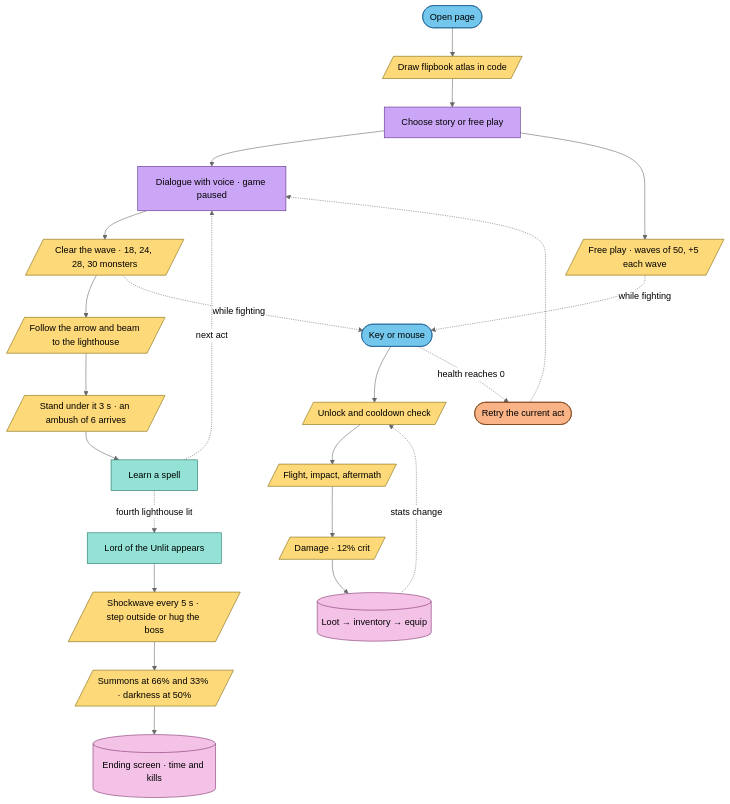
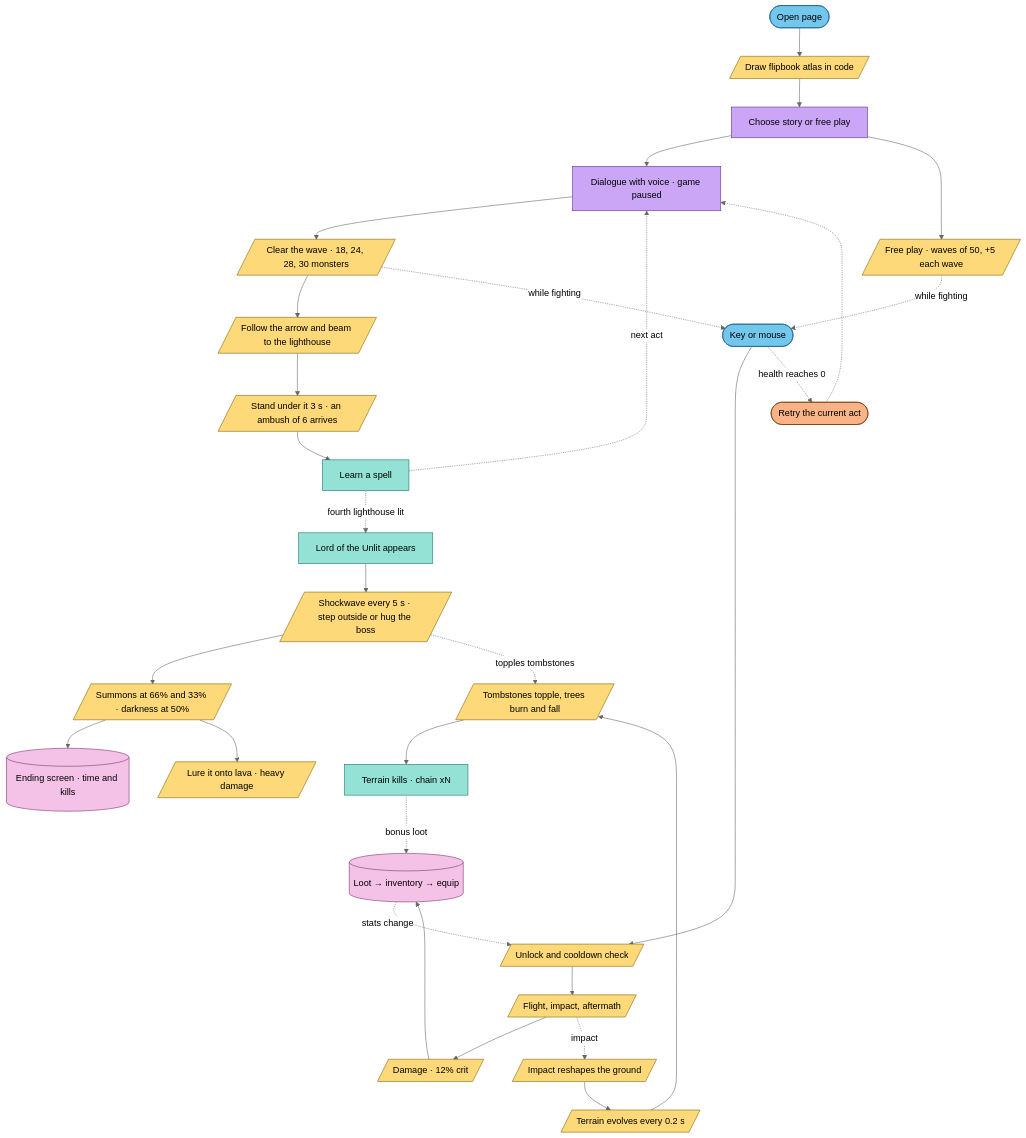
The second of 3 diagrams in README.md (Lee-unhn/ember-graveyard), drawn with Mermaid (neutral theme) before and after one commit. The commit also changed other lines of this file and 6 other files, not shown here.

First line of the commit message:
Redraw diagrams for P2: terrain layer, terrain loop, updated verification

````diff
--- a/README.md
+++ b/README.md
@@ -151,20 +166,24 @@
 ```mermaid
 flowchart TD
   START([Open page]):::input --> BUILD[/Draw flipbook atlas in code/]:::pipeline --> PICK[Choose story or free play]:::ui
   PICK --> TALK[Dialogue with voice · game paused]:::ui --> CLEAR[/Clear the wave · 18, 24, 28, 30 monsters/]:::pipeline --> GOTO[/Follow the arrow and beam to the lighthouse/]:::pipeline
   GOTO --> IGNITE[/Stand under it 3 s · an ambush of 6 arrives/]:::pipeline --> UNLOCK[Learn a spell]:::worker
   UNLOCK -. next act .-> TALK
   UNLOCK -. fourth lighthouse lit .-> LORD[Lord of the Unlit appears]:::worker --> SHOCK[/Shockwave every 5 s · step outside or hug the boss/]:::pipeline --> PHASE[/Summons at 66% and 33% · darkness at 50%/]:::pipeline --> END[(Ending screen · time and kills)]:::output
   PICK --> SPAWN[/Free play · waves of 50, +5 each wave/]:::pipeline
   CLEAR -. while fighting .-> PRESS([Key or mouse]):::input
   SPAWN -. while fighting .-> PRESS
   PRESS --> CD[/Unlock and cooldown check/]:::pipeline --> FLY[/Flight, impact, aftermath/]:::pipeline --> DMG[/Damage · 12% crit/]:::pipeline --> DROP[(Loot → inventory → equip)]:::output
   DROP -. stats change .-> CD
+  FLY -. impact .-> CHANGE[/Impact reshapes the ground/]:::pipeline --> EVOLVE[/Terrain evolves every 0.2 s/]:::pipeline --> TOPPLE[/Tombstones topple, trees burn and fall/]:::pipeline --> TK[Terrain kills · chain xN]:::worker
+  TK -. bonus loot .-> DROP
+  SHOCK -. topples tombstones .-> TOPPLE
+  PHASE --> LAVA[/Lure it onto lava · heavy damage/]:::pipeline
   PRESS -. health reaches 0 .-> DEAD([Retry the current act]):::safety -.-> TALK
   classDef input fill:#74c7ec,stroke:#1e6091,color:#000
   classDef ui fill:#cba6f7,stroke:#5b2d8a,color:#000
   classDef pipeline fill:#fdd97a,stroke:#7d6608,color:#000
   classDef safety fill:#fab387,stroke:#7a3f10,color:#000
   classDef output fill:#f5c2e7,stroke:#7a2e6d,color:#000
   classDef worker fill:#94e2d5,stroke:#1d6e62,color:#000
 ```
````
